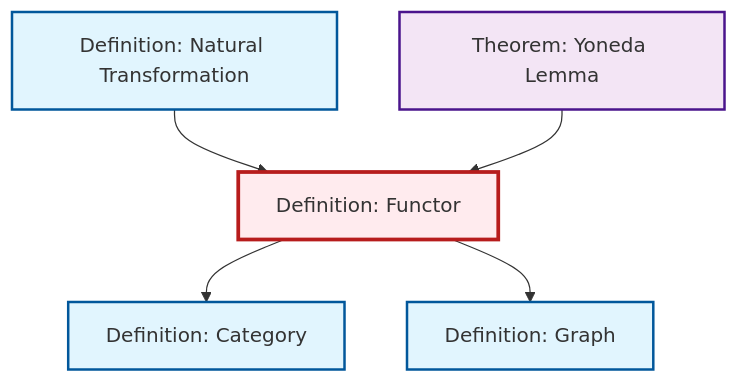
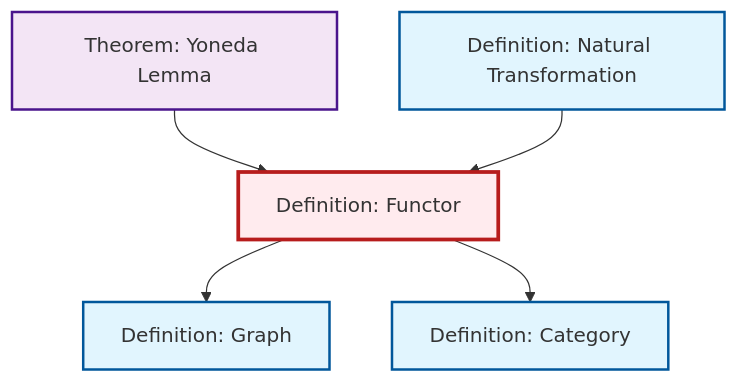
One commit to RK0429/ModernMath changed the diagram in content/ja/category-theory/def-functor.qmd. Above: the diagram before and after it, drawn with Mermaid. The commit also changed other lines of this file and 360 other files, not shown here.

````diff
--- a/content/ja/category-theory/def-functor.qmd
+++ b/content/ja/category-theory/def-functor.qmd
@@ -50,23 +50,23 @@
 ```{mermaid}
 %%| fig-cap: "Local dependency graph"
 graph TD
     classDef definition fill:#e1f5fe,stroke:#01579b,stroke-width:2px
     classDef theorem fill:#f3e5f5,stroke:#4a148c,stroke-width:2px
     classDef axiom fill:#fff3e0,stroke:#e65100,stroke-width:2px
     classDef example fill:#e8f5e9,stroke:#1b5e20,stroke-width:2px
     classDef current fill:#ffebee,stroke:#b71c1c,stroke-width:3px
-    def-functor["Definition: Functor"]:::definition
     thm-yoneda["Theorem: Yoneda Lemma"]:::theorem
     def-natural-transformation["Definition: Natural Transformation"]:::definition
     def-category["Definition: Category"]:::definition
     def-graph["Definition: Graph"]:::definition
+    def-functor["Definition: Functor"]:::definition
+    def-functor --> def-graph
     def-functor --> def-category
+    thm-yoneda --> def-functor
     def-natural-transformation --> def-functor
-    def-functor --> def-graph
-    thm-yoneda --> def-functor
     class def-functor current
     click thm-yoneda "thm-yoneda.html" "Theorem: Yoneda Lemmaへ"
     click def-natural-transformation "def-natural-transformation.html" "Definition: Natural Transformationへ"
     click def-category "def-category.html" "Definition: Categoryへ"
     click def-graph "def-graph.html" "Definition: Graphへ"
 ```
````
